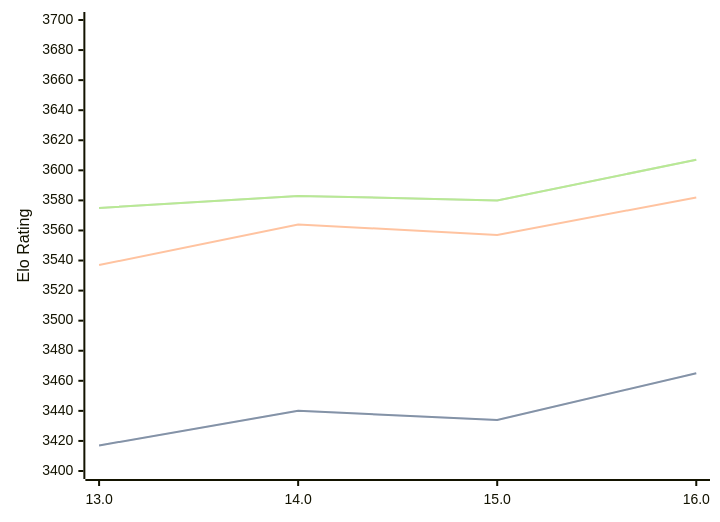
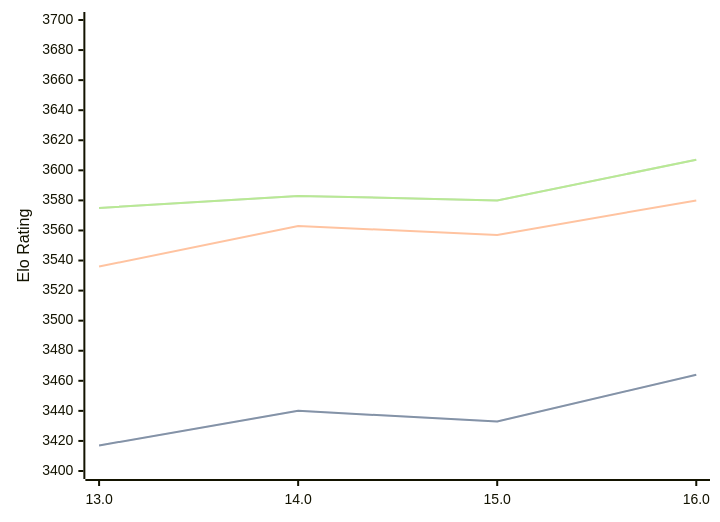
The diagram in engines/Obsidian.md (computer-chess-index/cci), drawn with Mermaid before and after one commit. The commit also changed other lines of this file, not shown here.

````diff
--- a/engines/Obsidian.md
+++ b/engines/Obsidian.md
@@ -41,11 +43,11 @@
 ```mermaid
 %%{init: {"theme":"base","themeVariables":{"seriesColors:['#a3a3a3','#222221','#faa371']}}}%%
 xychart-beta
   x-axis ["13.0", "14.0", "15.0", "16.0"]
   y-axis "Elo Rating" 3400 --> 3700
-  line "STC (8.0+0.08s)" [3417, 3440, 3434, 3465]
-  line "STC (8.0+0.08s)" [3417, 3440, 3434, 3465]
-  line "LTC (60.0+0.60s)" [3537, 3564, 3557, 3582]
+  line "STC (8.0+0.08s)" [3417, 3440, 3433, 3464]
+  line "STC (8.0+0.08s)" [3417, 3440, 3433, 3464]
+  line "LTC (60.0+0.60s)" [3536, 3563, 3557, 3580]
   line "VLTC (2m24s+1.12s)" [3575, 3583, 3580, 3607]
   line "VLTC (2m24s+1.12s)" [3575, 3583, 3580, 3607]
 ```
````
